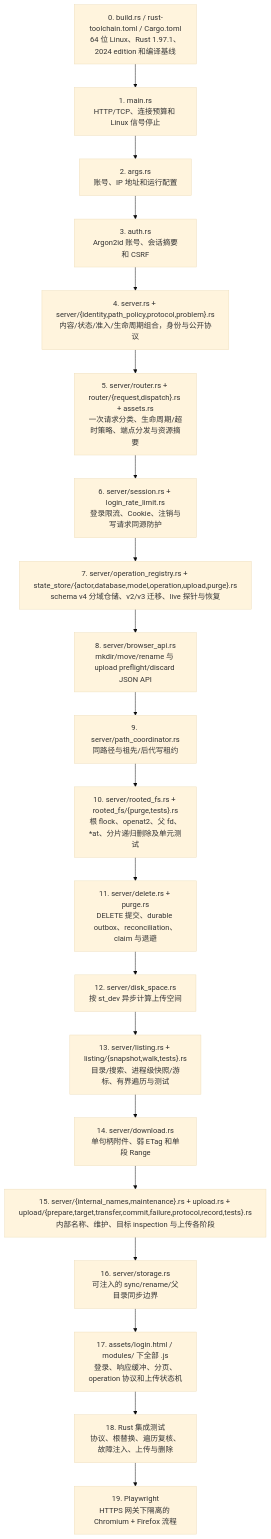
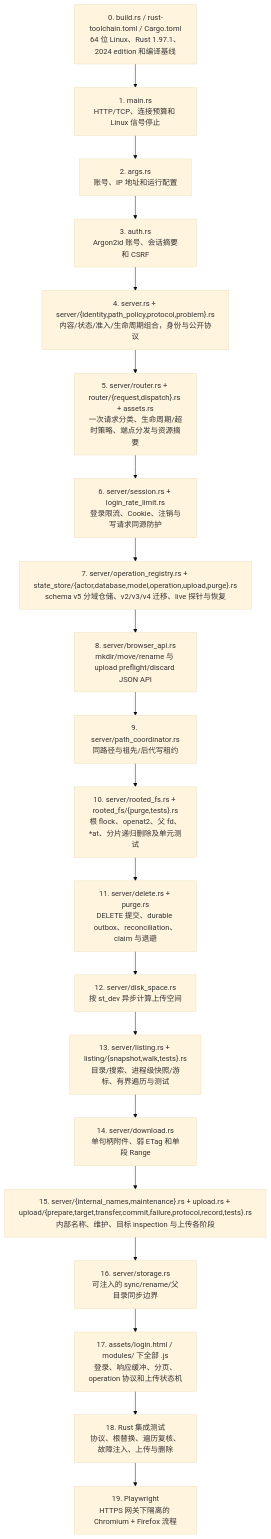
Diagram 21 of 22 in docs/project-workflow.md (isarmg/dufs-ram), drawn with Mermaid (base theme) before and after one commit. The commit also changed other lines of this file and 31 other files, not shown here.

````diff
--- a/docs/project-workflow.md
+++ b/docs/project-workflow.md
@@ -954,22 +954,22 @@
 ```mermaid
 flowchart TD
     T["0. build.rs / rust-toolchain.toml / Cargo.toml<br/>64 位 Linux、Rust 1.97.1、2024 edition 和编译基线"] --> A["1. main.rs<br/>HTTP/TCP、连接预算和 Linux 信号停止"]
     A --> B["2. args.rs<br/>账号、IP 地址和运行配置"]
     B --> C["3. auth.rs<br/>Argon2id 账号、会话摘要和 CSRF"]
     C --> D["4. server.rs + server/{identity,path_policy,protocol,problem}.rs<br/>内容/状态/准入/生命周期组合，身份与公开协议"]
     D --> R["5. server/router.rs + router/{request,dispatch}.rs + assets.rs<br/>一次请求分类、生命周期/超时策略、端点分发与资源摘要"]
     R --> G["6. server/session.rs + login_rate_limit.rs<br/>登录限流、Cookie、注销与写请求同源防护"]
-    G --> OP["7. server/operation_registry.rs + state_store/{actor,database,model,operation,upload,purge}.rs<br/>schema v4 分域仓储、v2/v3 迁移、live 探针与恢复"]
+    G --> OP["7. server/operation_registry.rs + state_store/{actor,database,model,operation,upload,purge}.rs<br/>schema v5 分域仓储、v2/v3/v4 迁移、live 探针与恢复"]
     OP --> H["8. server/browser_api.rs<br/>mkdir/move/rename 与 upload preflight/discard JSON API"]
     H --> E["9. server/path_coordinator.rs<br/>同路径与祖先/后代写租约"]
     E --> F["10. server/rooted_fs.rs + rooted_fs/{purge,tests}.rs<br/>根 flock、openat2、父 fd、*at、分片递归删除及单元测试"]
     F --> P["11. server/delete.rs + purge.rs<br/>DELETE 提交、durable outbox、reconciliation、claim 与退避"]
     P --> DS["12. server/disk_space.rs<br/>按 st_dev 异步计算上传空间"]
     DS --> I["13. server/listing.rs + listing/{snapshot,walk,tests}.rs<br/>目录/搜索、进程级快照/游标、有界遍历与测试"]
     I --> J["14. server/download.rs<br/>单句柄附件、弱 ETag 和单段 Range"]
     J --> K["15. server/{internal_names,maintenance}.rs + upload.rs + upload/{prepare,target,transfer,commit,failure,protocol,record,tests}.rs<br/>内部名称、维护、目标 inspection 与上传各阶段"]
     K --> L["16. server/storage.rs<br/>可注入的 sync/rename/父目录同步边界"]
     L --> M["17. assets/login.html / modules/ 下全部 .js<br/>登录、响应缓冲、分页、operation 协议和上传状态机"]
     M --> N["18. Rust 集成测试<br/>协议、根替换、遍历复核、故障注入、上传与删除"]
     N --> O["19. Playwright<br/>HTTPS 网关下隔离的 Chromium + Firefox 流程"]
 ```
````
